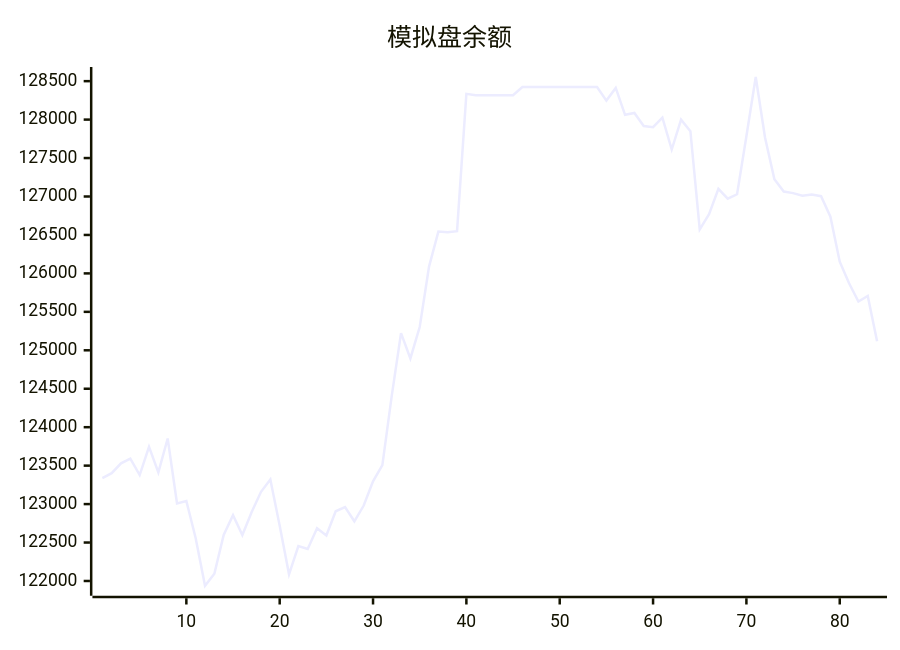
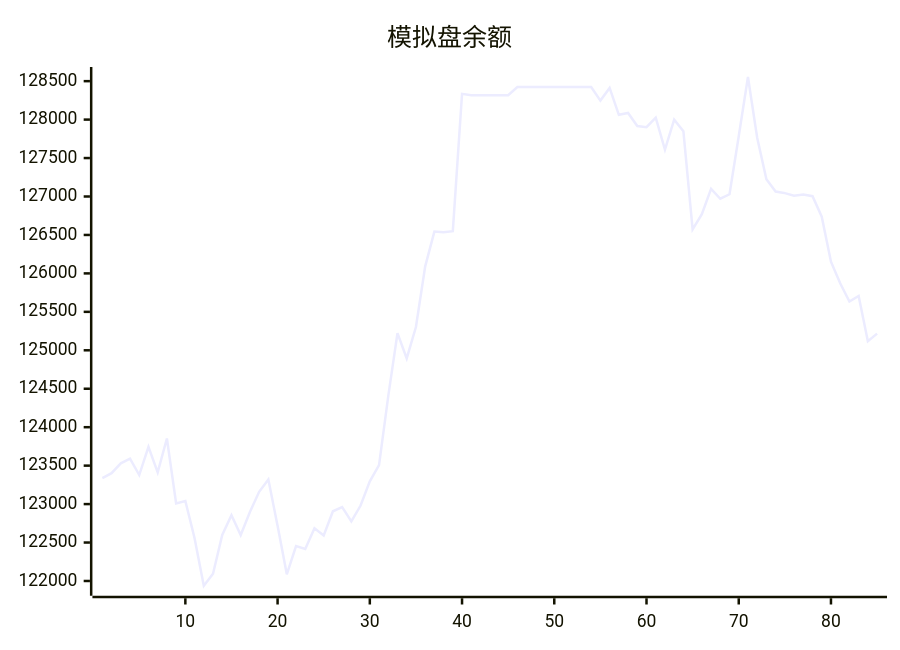
The diagram in README.md (aahl/ai-trading), drawn with Mermaid before and after one commit. The commit also changed other lines of this file and 1 other file, not shown here.

````diff
--- a/README.md
+++ b/README.md
@@ -5,5 +5,5 @@
 ```mermaid
 xychart
     title "模拟盘余额"
-    line [123338,123402,123530,123592,123378,123745,123413,123853,123009,123040,122557,121938,122095,122599,122856,122597,122898,123160,123319,122719,122087,122454,122416,122685,122592,122907,122961,122776,122981,123295,123507,124403,125224,124894,125303,126088,126544,126534,126549,128335,128318,128318,128318,128318,128318,128424,128424,128424,128424,128424,128424,128424,128424,128424,128247,128412,128062,128087,127917,127901,128026,127611,128000,127850,126572,126770,127100,126971,127029,127783,128554,127765,127224,127064,127044,127009,127025,127004,126738,126152,125871,125635,125707,125117]
+    line [123338,123402,123530,123592,123378,123745,123413,123853,123009,123040,122557,121938,122095,122599,122856,122597,122898,123160,123319,122719,122087,122454,122416,122685,122592,122907,122961,122776,122981,123295,123507,124403,125224,124894,125303,126088,126544,126534,126549,128335,128318,128318,128318,128318,128318,128424,128424,128424,128424,128424,128424,128424,128424,128424,128247,128412,128062,128087,127917,127901,128026,127611,128000,127850,126572,126770,127100,126971,127029,127783,128554,127765,127224,127064,127044,127009,127025,127004,126738,126152,125871,125635,125707,125117,125217]
 ```
````
